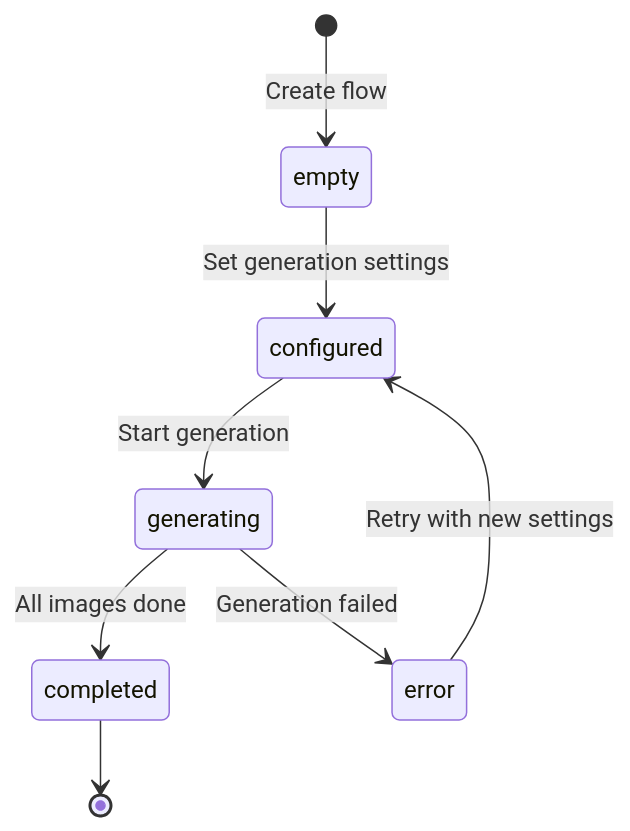
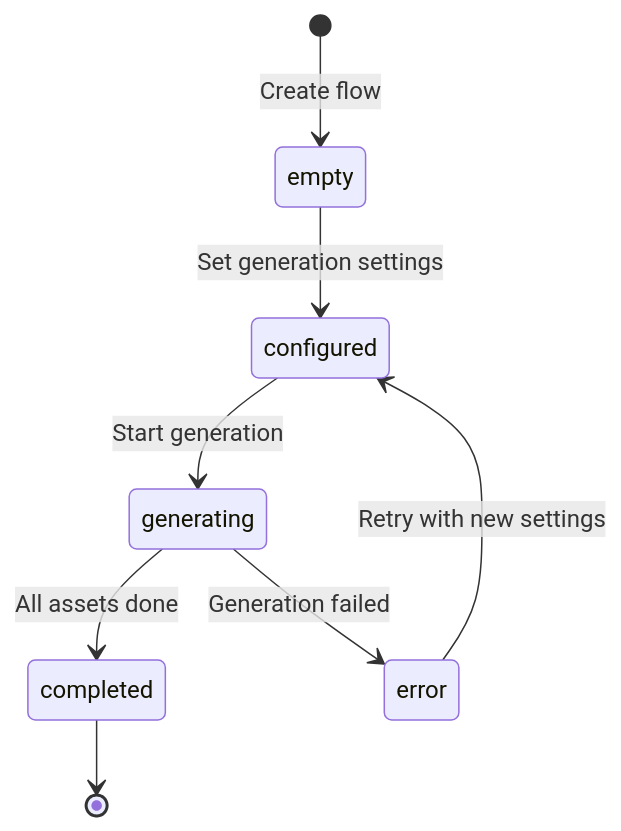
Before and after one commit to shlior7/epox-monorepo: the first of 2 diagrams in apps/scenergy-visualizer/design-log/003-data-model-terminology.md, drawn with Mermaid. The commit also changed other lines of this file and 11 other files, not shown here.

````diff
--- a/apps/scenergy-visualizer/design-log/003-data-model-terminology.md
+++ b/apps/scenergy-visualizer/design-log/003-data-model-terminology.md
@@ -58,10 +70,10 @@
 ```mermaid
 stateDiagram-v2
     [*] --> empty: Create flow
     empty --> configured: Set generation settings
     configured --> generating: Start generation
-    generating --> completed: All images done
+    generating --> completed: All assets done
     generating --> error: Generation failed
     completed --> [*]
     error --> configured: Retry with new settings
 ```
````
